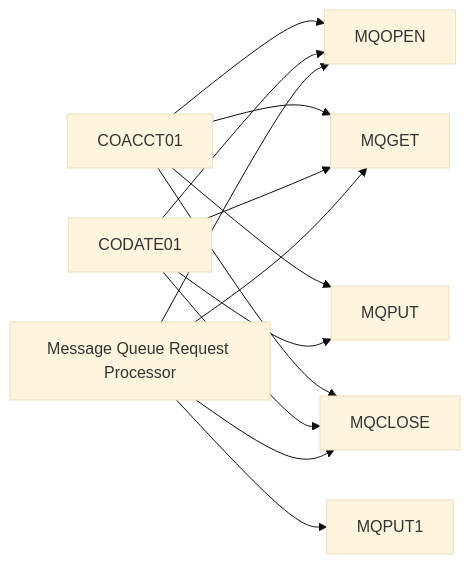
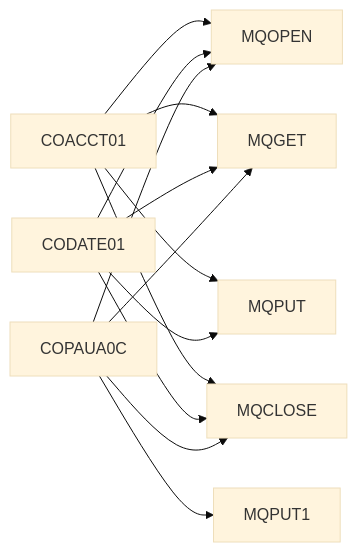
The diagram in Unisys_doc-main/doc_demo/docs/diagrams/call-graph.md (Arun973150/new_doc), drawn with Mermaid (base theme) before and after one commit. The commit also changed other lines of this file and 603 other files, not shown here.

````diff
--- a/Unisys_doc-main/doc_demo/docs/diagrams/call-graph.md
+++ b/Unisys_doc-main/doc_demo/docs/diagrams/call-graph.md
@@ -7,15 +7,15 @@
 ```mermaid
 graph LR
     COACCT01["COACCT01"] --> MQOPEN["MQOPEN"]
     COACCT01["COACCT01"] --> MQGET["MQGET"]
     COACCT01["COACCT01"] --> MQPUT["MQPUT"]
     COACCT01["COACCT01"] --> MQCLOSE["MQCLOSE"]
     CODATE01["CODATE01"] --> MQOPEN["MQOPEN"]
     CODATE01["CODATE01"] --> MQGET["MQGET"]
     CODATE01["CODATE01"] --> MQPUT["MQPUT"]
     CODATE01["CODATE01"] --> MQCLOSE["MQCLOSE"]
-    COPAUA0C["Message Queue Request Processor"] --> MQOPEN["MQOPEN"]
-    COPAUA0C["Message Queue Request Processor"] --> MQGET["MQGET"]
-    COPAUA0C["Message Queue Request Processor"] --> MQPUT1["MQPUT1"]
-    COPAUA0C["Message Queue Request Processor"] --> MQCLOSE["MQCLOSE"]
+    COPAUA0C["COPAUA0C"] --> MQOPEN["MQOPEN"]
+    COPAUA0C["COPAUA0C"] --> MQGET["MQGET"]
+    COPAUA0C["COPAUA0C"] --> MQPUT1["MQPUT1"]
+    COPAUA0C["COPAUA0C"] --> MQCLOSE["MQCLOSE"]
 ```
````
